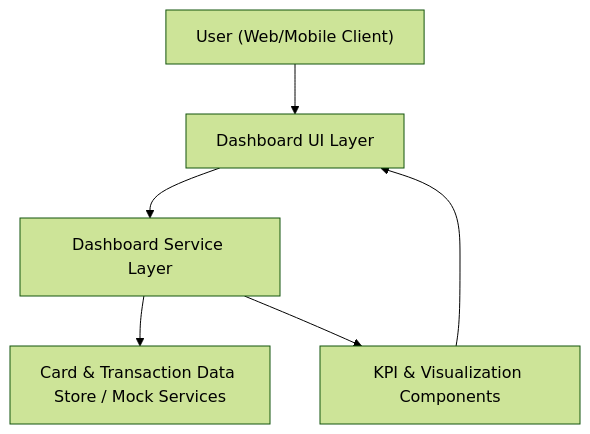
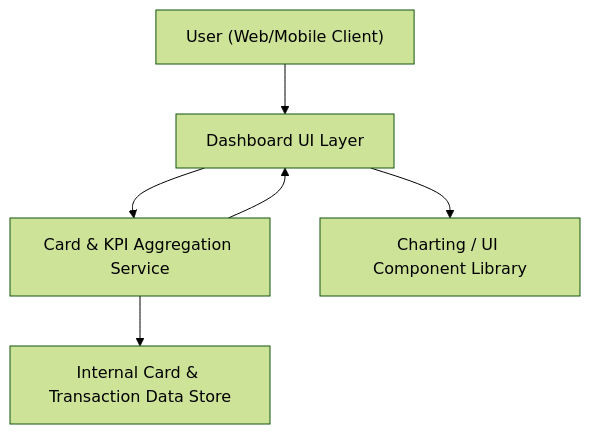
The diagram in HLD/QE-4816_HLD.md (Davamani-git/APB_Demo), drawn with Mermaid (forest theme) before and after one commit. The commit also changed other lines of this file, not shown here.

````diff
--- a/HLD/QE-4816_HLD.md
+++ b/HLD/QE-4816_HLD.md
@@ -6,14 +5,14 @@
 ```mermaid
 flowchart TD
     U["User (Web/Mobile Client)"]
     UI["Dashboard UI Layer"]
-    SVC["Dashboard Service Layer"]
-    DS["Card & Transaction Data Store / Mock Services"]
-    CHART["KPI & Visualization Components"]
+    AGG["Card & KPI Aggregation Service"]
+    DATA["Internal Card & Transaction Data Store"]
+    VIS["Charting / UI Component Library"]
 
     U --> UI
-    UI --> SVC
-    SVC --> DS
-    SVC --> CHART
-    CHART --> UI
+    UI --> AGG
+    AGG --> DATA
+    AGG --> UI
+    UI --> VIS
 ```
````
